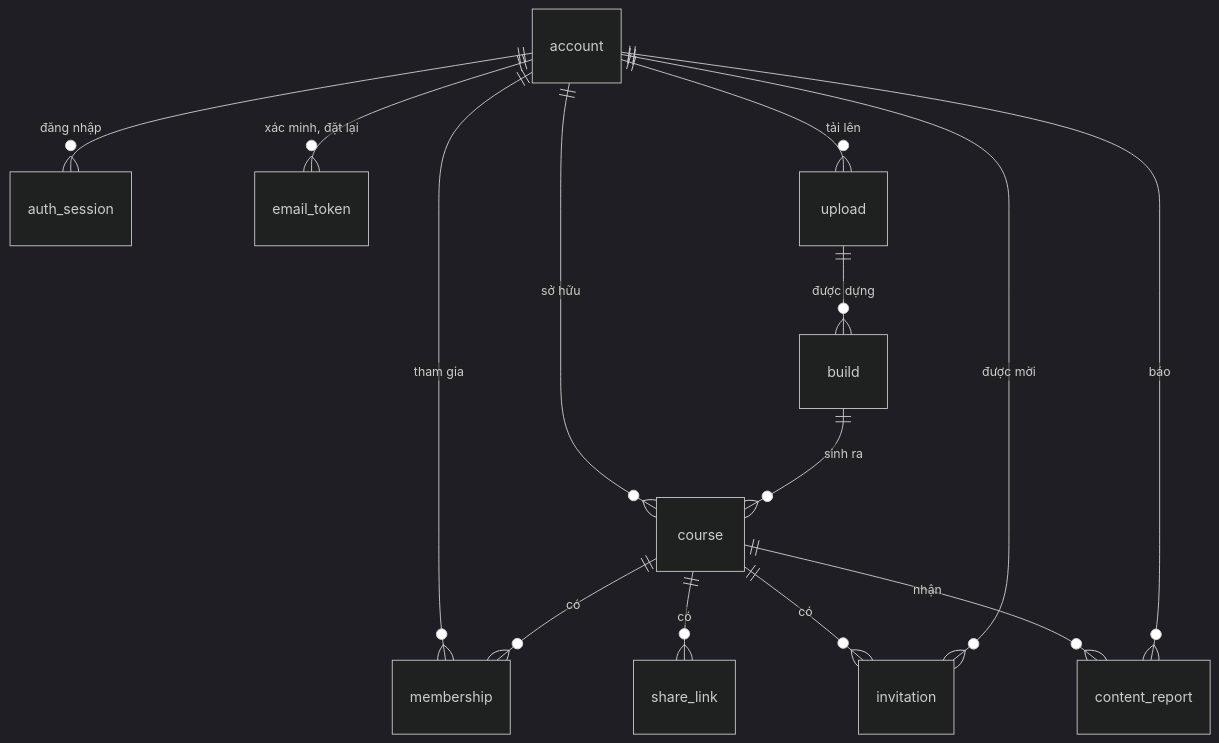
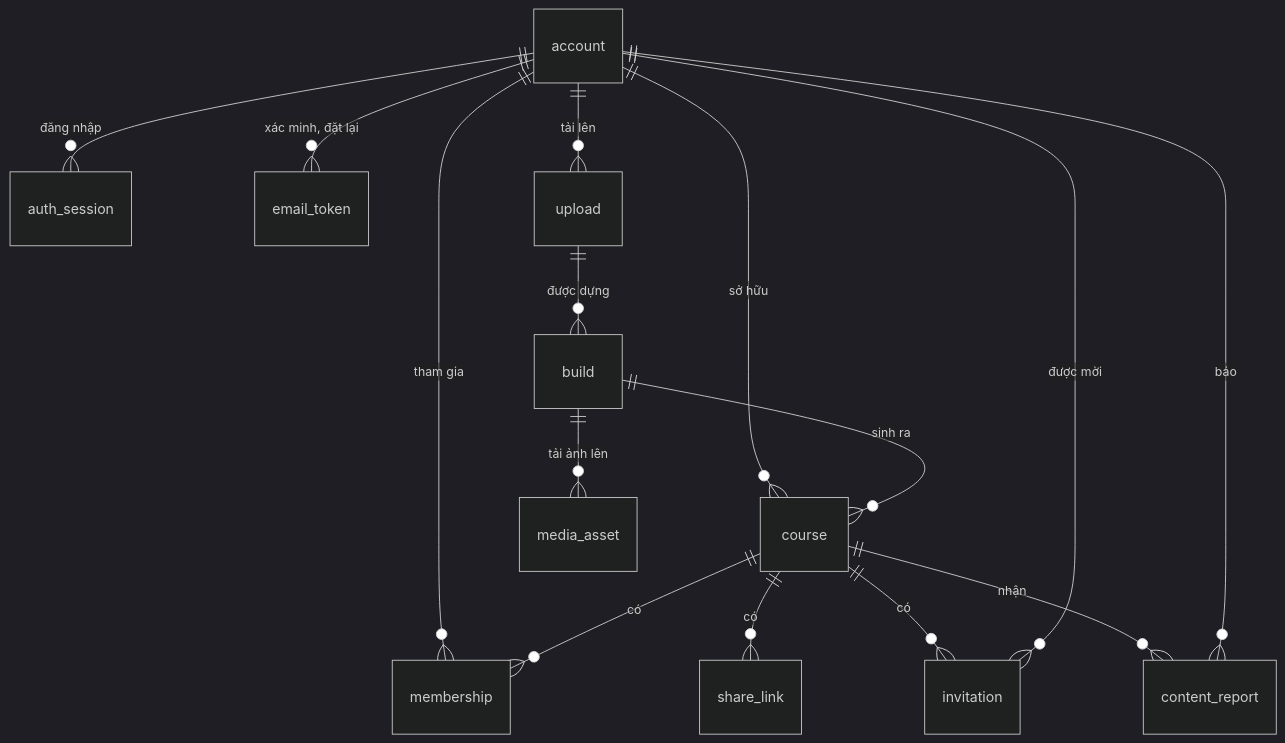
One commit to Thanhngo0812/Doctoroadmap changed the diagram in doc/web-co-so-du-lieu-spec.md. Above: the diagram before and after it, drawn with Mermaid (dark theme). The commit also changed other lines of this file and 11 other files, not shown here.

Commit message:
docs(web): Cloudinary cho tệp gốc và ảnh (ADR 0023) — riêng tư, máy chủ chuyển ảnh, ảnh trang cho "Đọc trang p", trần tải 10 MB theo gói miễn phí; cập nhật spec chức năng, spec CSDL (media_asset), ADR 0022 và vé W-01/06/08/14/17/20/21

````diff
--- a/doc/web-co-so-du-lieu-spec.md
+++ b/doc/web-co-so-du-lieu-spec.md
@@ -51,16 +52,17 @@
 ```mermaid
 erDiagram
     account ||--o{ auth_session : "đăng nhập"
     account ||--o{ email_token : "xác minh, đặt lại"
     account ||--o{ upload : "tải lên"
     account ||--o{ course : "sở hữu"
     account ||--o{ membership : "tham gia"
     course ||--o{ membership : "có"
     course ||--o{ share_link : "có"
     course ||--o{ invitation : "có"
     course ||--o{ content_report : "nhận"
     upload ||--o{ build : "được dựng"
+    build ||--o{ media_asset : "tải ảnh lên"
     build ||--o{ course : "sinh ra"
     account ||--o{ invitation : "được mời"
     account ||--o{ content_report : "báo"
 ```
````
